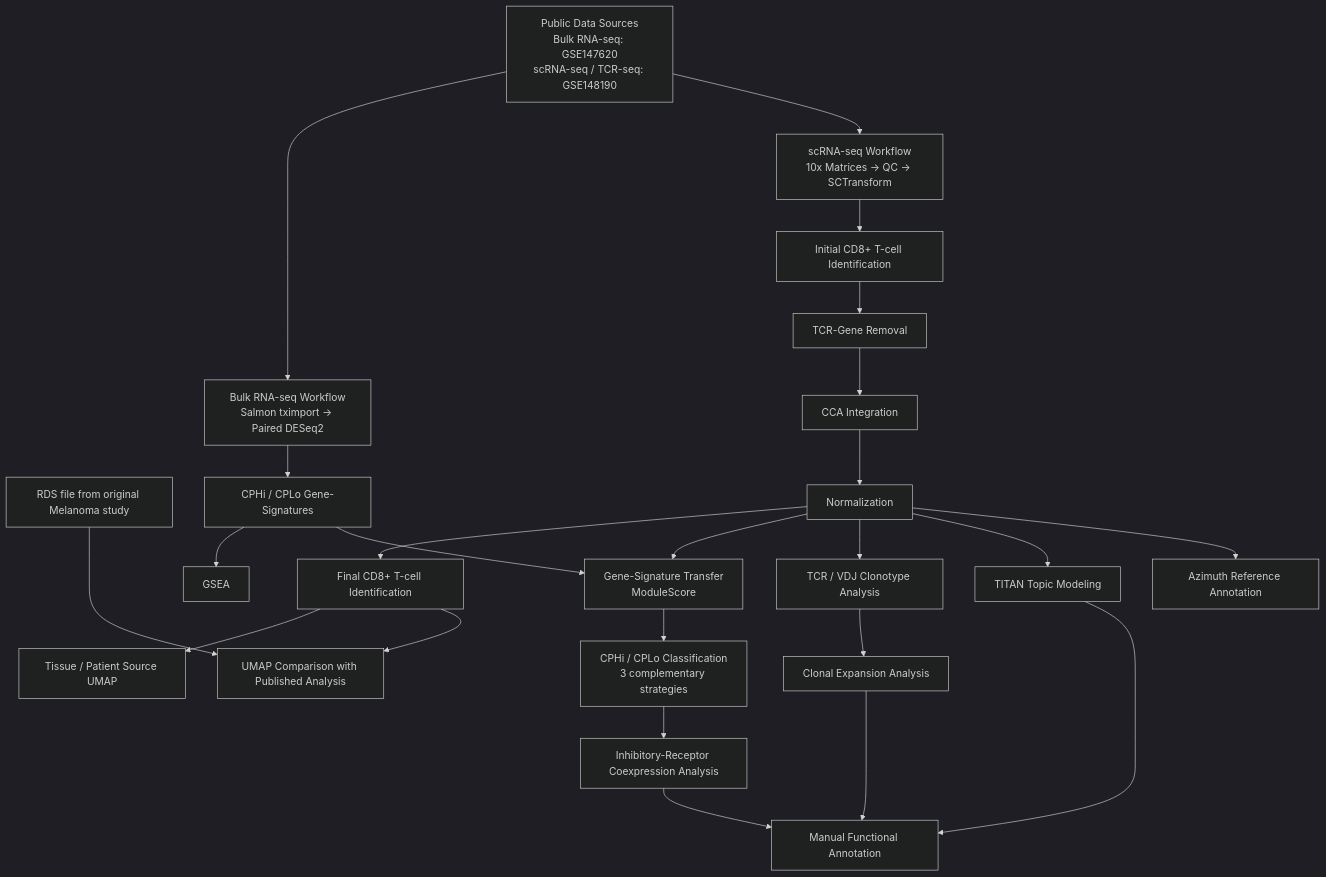
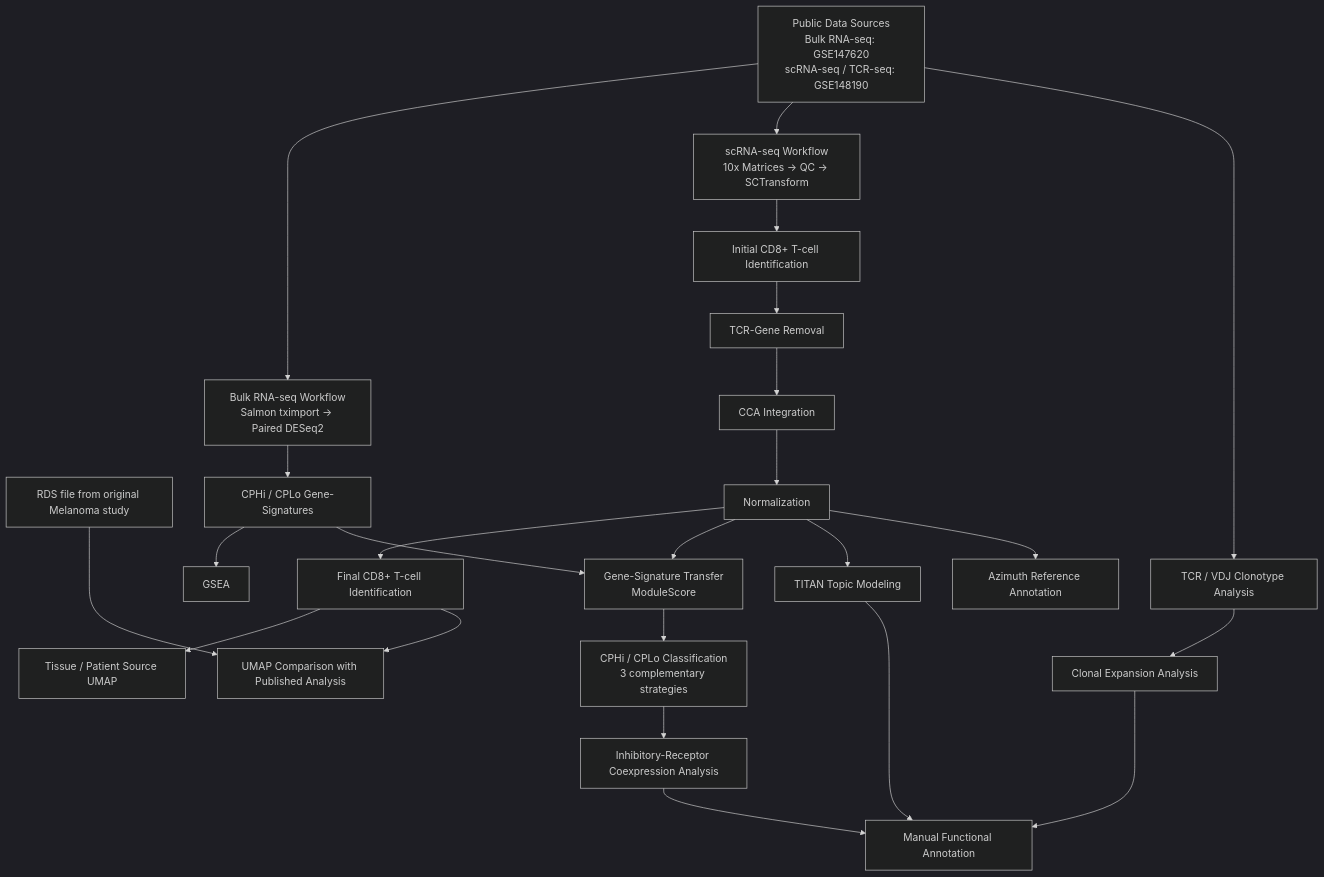
Before and after one commit to georgsommer-ai/Multi-Modal-CD8-T-cell-Heterogeneity-Analysis-in-Melanoma-Immunotherapy: the diagram in README.md, drawn with Mermaid (dark theme).

````diff
--- a/README.md
+++ b/README.md
@@ -158,39 +158,39 @@
 ```mermaid
 flowchart TD
 
     A[Public Data Sources<br/>Bulk RNA-seq: GSE147620<br/>scRNA-seq / TCR-seq: GSE148190]
     R[RDS file from original Melanoma study]
 
     A --> B1[Bulk RNA-seq Workflow<br/>Salmon tximport -> Paired DESeq2]
     B1 --> B2[CPHi / CPLo Gene-Signatures]
     B2 --> B3[GSEA]
 
     A --> C1[scRNA-seq Workflow<br/>10x Matrices -> QC -> SCTransform]
     C1 --> C2[Initial CD8+ T-cell Identification]
     C2 --> C3[TCR-Gene Removal]
     C3 --> C4[CCA Integration]
     C4 --> C5[Normalization]
     C5 --> C6[Final CD8+ T-cell Identification]
     C6 --> C7[Tissue / Patient Source UMAP]
     C6 --> C8[UMAP Comparison with Published Analysis]
     R ---> C8
 
     B2 --> D1[Gene-Signature Transfer<br/>ModuleScore]
     C5 --> D1
     D1 --> D2[CPHi / CPLo Classification<br/>3 complementary strategies]
     D2 --> D3[Inhibitory-Receptor Coexpression Analysis]
 
-    C5 --> E1[TCR / VDJ Clonotype Analysis]
+    A --> E1[TCR / VDJ Clonotype Analysis]
     C5 --> F1[TITAN Topic Modeling]
     C5 --> K1[Azimuth Reference Annotation]
 
     E1 --> E2[Clonal Expansion Analysis]
 
     F1 ~~~ E2
     K1 ~~~ E2
 
     F1 --> G[Manual Functional Annotation]
     E2 --> G
     D3 --> G
 
 ```
````
